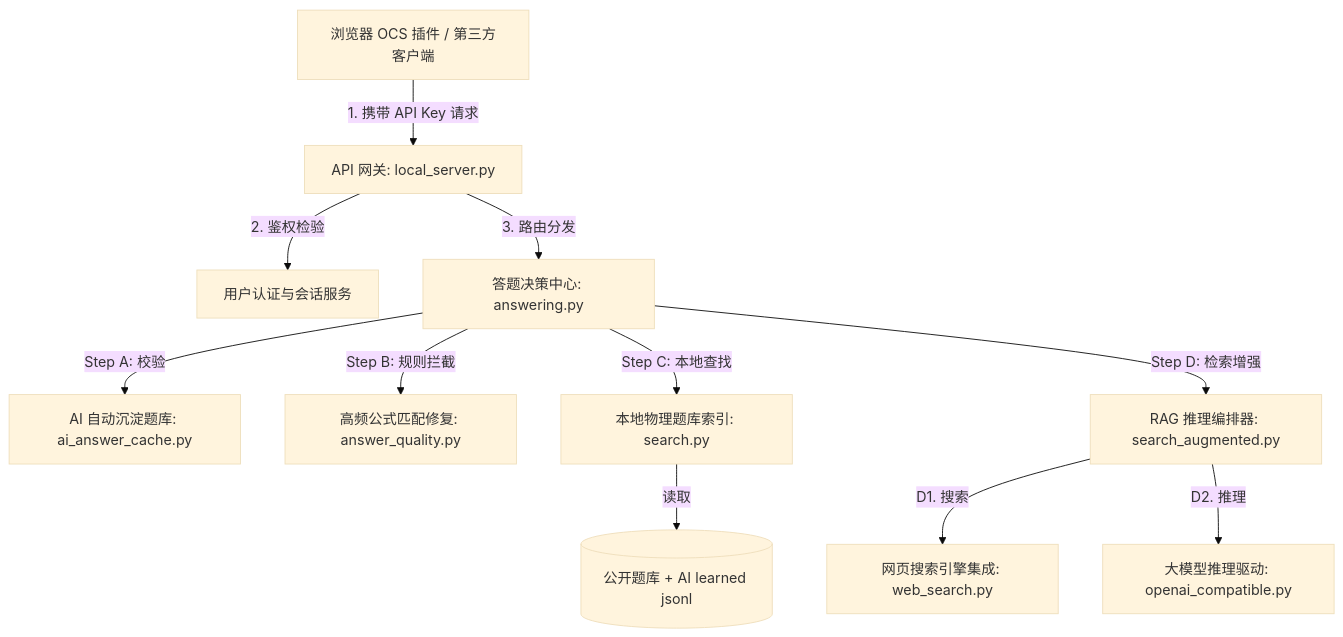
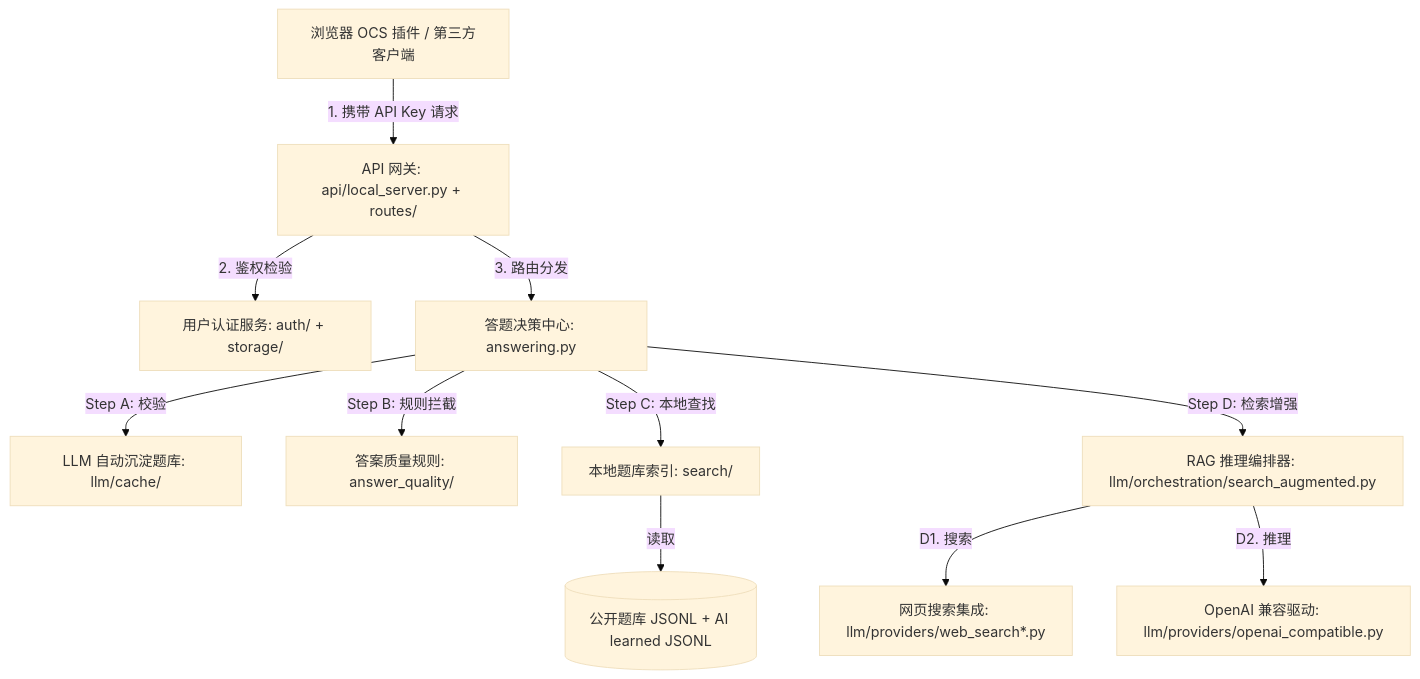
The first of 2 diagrams in docs/architecture/system-design-specification.md (MelodyKnit/SmartAnswer), drawn with Mermaid (base theme) before and after one commit. The commit also changed other lines of this file and 205 other files, not shown here.

````diff
--- a/docs/architecture/system-design-specification.md
+++ b/docs/architecture/system-design-specification.md
@@ -29,16 +29,16 @@
 ```mermaid
 graph TD
-    Client[浏览器 OCS 插件 / 第三方客户端] -->|1. 携带 API Key 请求| Gateway[API 网关: local_server.py]
-    Gateway -->|2. 鉴权检验| Auth[用户认证与会话服务]
+    Client[浏览器 OCS 插件 / 第三方客户端] -->|1. 携带 API Key 请求| Gateway[API 网关: api/local_server.py + routes/]
+    Gateway -->|2. 鉴权检验| Auth[用户认证服务: auth/ + storage/]
     Gateway -->|3. 路由分发| AnswerService[答题决策中心: answering.py]
-    
-    AnswerService -->|Step A: 校验| AILearned[AI 自动沉淀题库: ai_answer_cache.py]
-    AnswerService -->|Step B: 规则拦截| Rules[高频公式匹配修复: answer_quality.py]
-    AnswerService -->|Step C: 本地查找| Index[本地物理题库索引: search.py]
-    AnswerService -->|Step D: 检索增强| RAG[RAG 推理编排器: search_augmented.py]
-    
-    RAG -->|D1. 搜索| WebSearch[网页搜索引擎集成: web_search.py]
-    RAG -->|D2. 推理| LLM[大模型推理驱动: openai_compatible.py]
-    
-    Index -->|读取| DB[(公开题库 + AI learned jsonl)]
+
+    AnswerService -->|Step A: 校验| AILearned[LLM 自动沉淀题库: llm/cache/]
+    AnswerService -->|Step B: 规则拦截| Rules[答案质量规则: answer_quality/]
+    AnswerService -->|Step C: 本地查找| Index[本地题库索引: search/]
+    AnswerService -->|Step D: 检索增强| RAG[RAG 推理编排器: llm/orchestration/search_augmented.py]
+
+    RAG -->|D1. 搜索| WebSearch[网页搜索集成: llm/providers/web_search*.py]
+    RAG -->|D2. 推理| LLM[OpenAI 兼容驱动: llm/providers/openai_compatible.py]
+
+    Index -->|读取| DB[(公开题库 JSONL + AI learned JSONL)]
 ```
````
